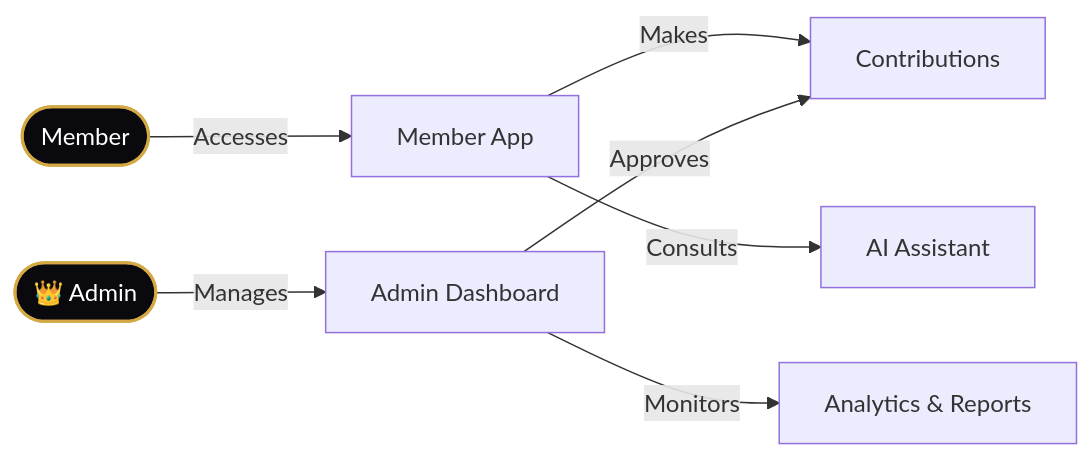
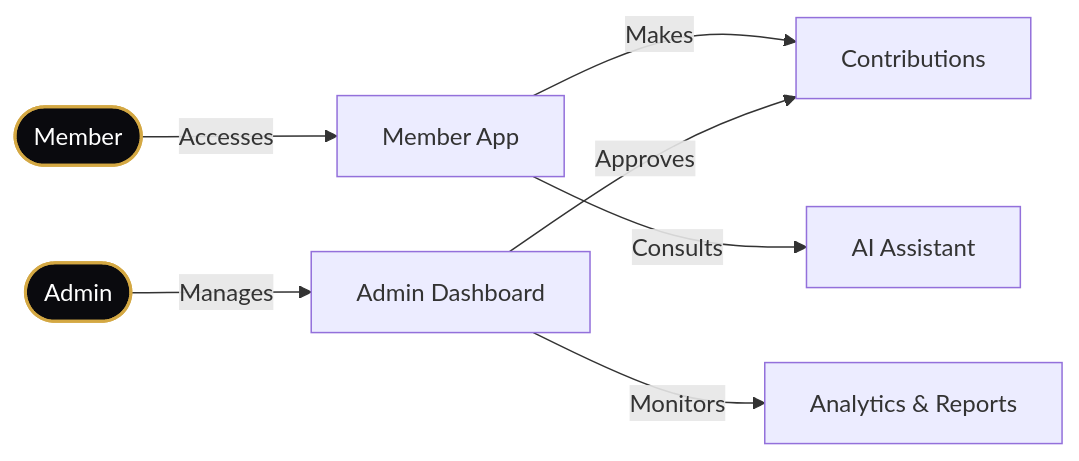
The diagram in README.md (iiradukunda-dev/shinecon), drawn with Mermaid before and after one commit.

````diff
--- a/README.md
+++ b/README.md
@@ -53,16 +53,16 @@
 ```mermaid
 flowchart LR
     %% User Journey
     Member([ Member]) -->|Accesses| App[ Member App]
     App -->|Makes| Contrib[ Contributions]
     App -->|Consults| AI[ AI Assistant]
     
     %% Admin Journey
-    Admin([👑 Admin]) -->|Manages| Dash[ Admin Dashboard]
+    Admin([ Admin]) -->|Manages| Dash[ Admin Dashboard]
     Dash -->|Approves| Contrib
     Dash -->|Monitors| Analytics[ Analytics & Reports]
     
     %% Styling
     style Member fill:#0a0a0e,stroke:#d4a843,stroke-width:2px,color:#fff
     style Admin fill:#0a0a0e,stroke:#d4a843,stroke-width:2px,color:#fff
 ```
````
